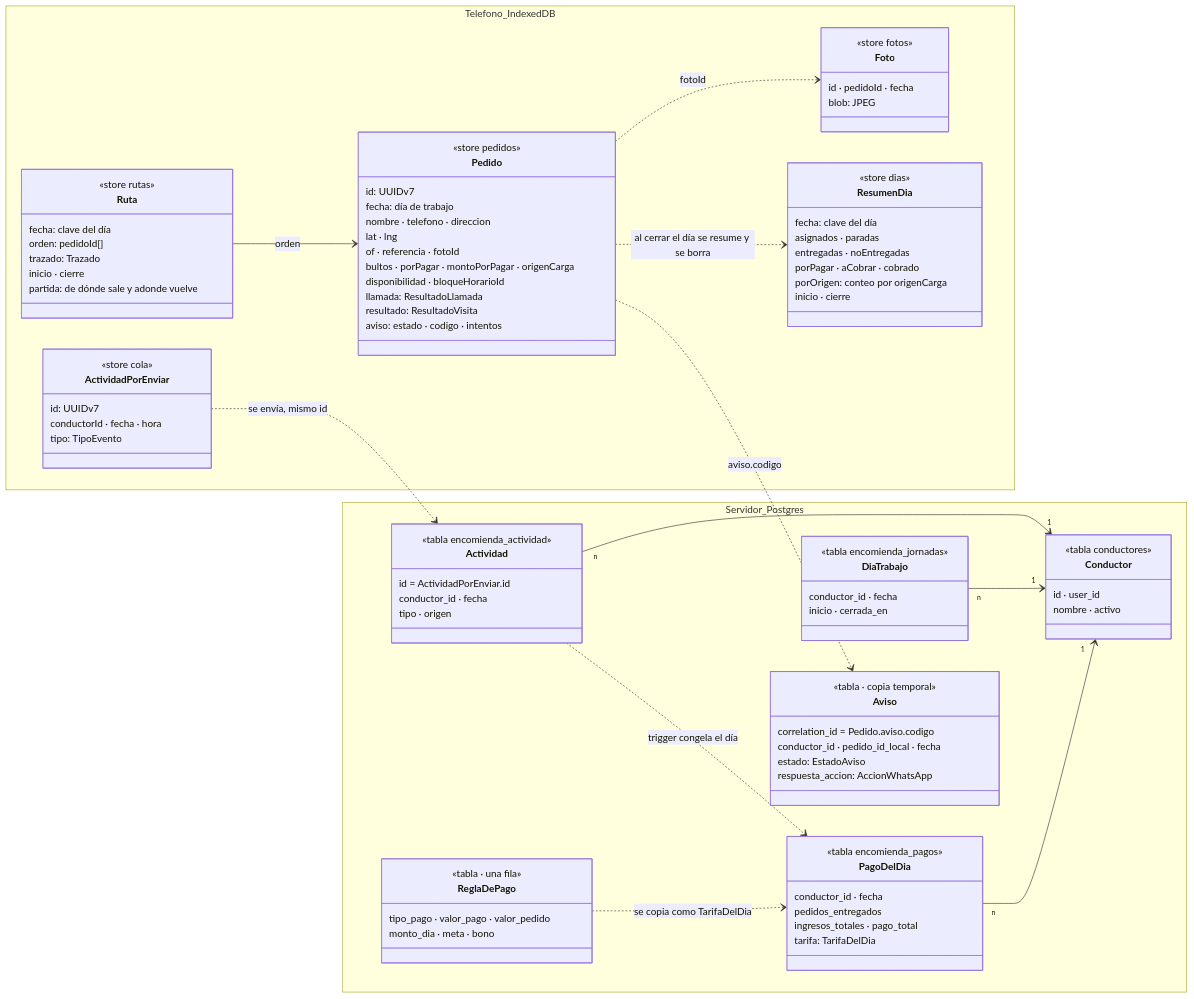
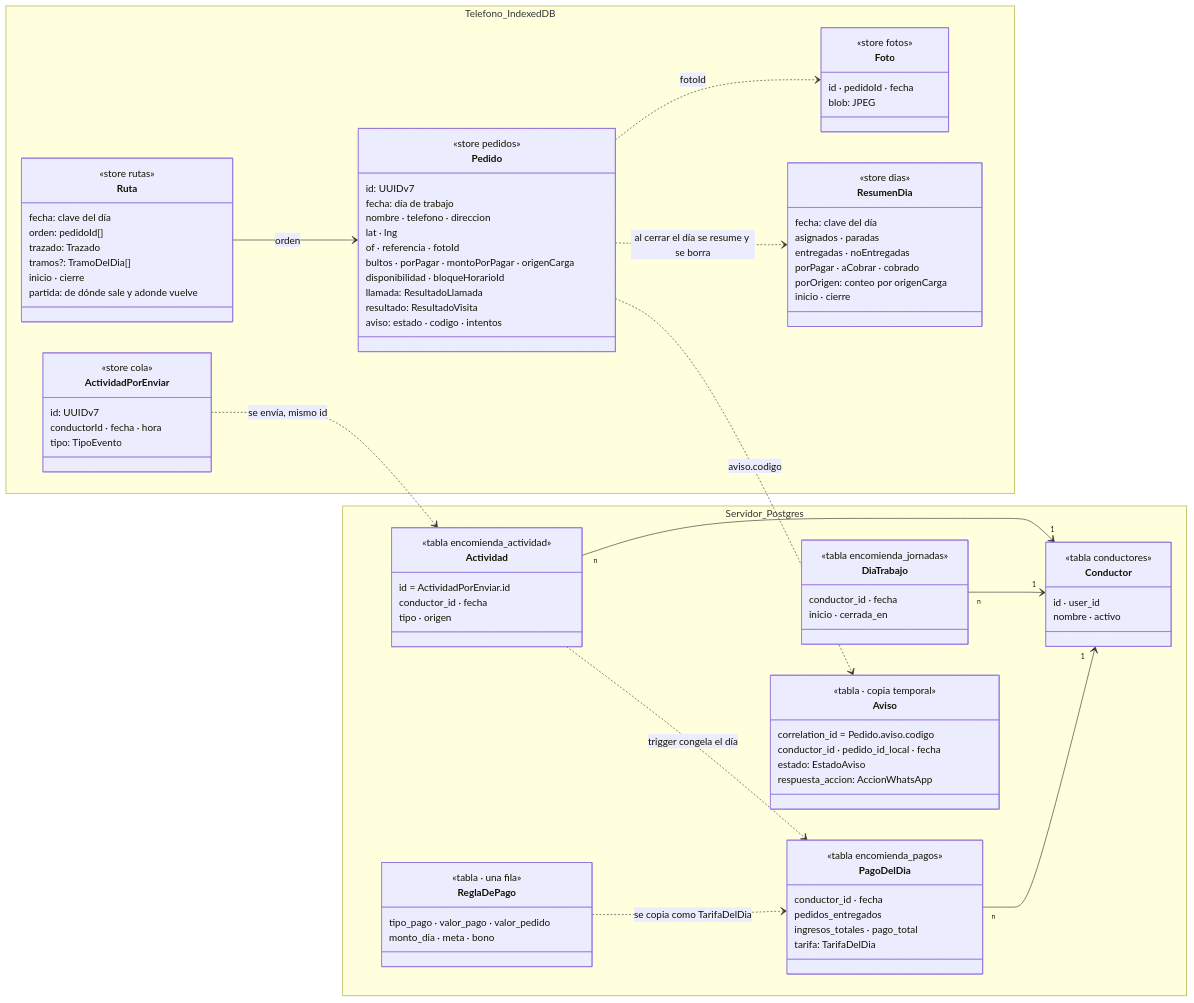
Before and after one commit to etianypr/ProyectoAres: the first of 3 diagrams in docs/CLASES.md, drawn with Mermaid. The commit also changed other lines of this file and 54 other files, not shown here.

```diff
--- a/docs/CLASES.md
+++ b/docs/CLASES.md
@@ -52,6 +52,7 @@
       fecha: clave del día
       orden: pedidoId[]
       trazado: Trazado
+      tramos?: TramoDelDia[]
       inicio · cierre
       partida: de dónde sale y adonde vuelve
     }
```
